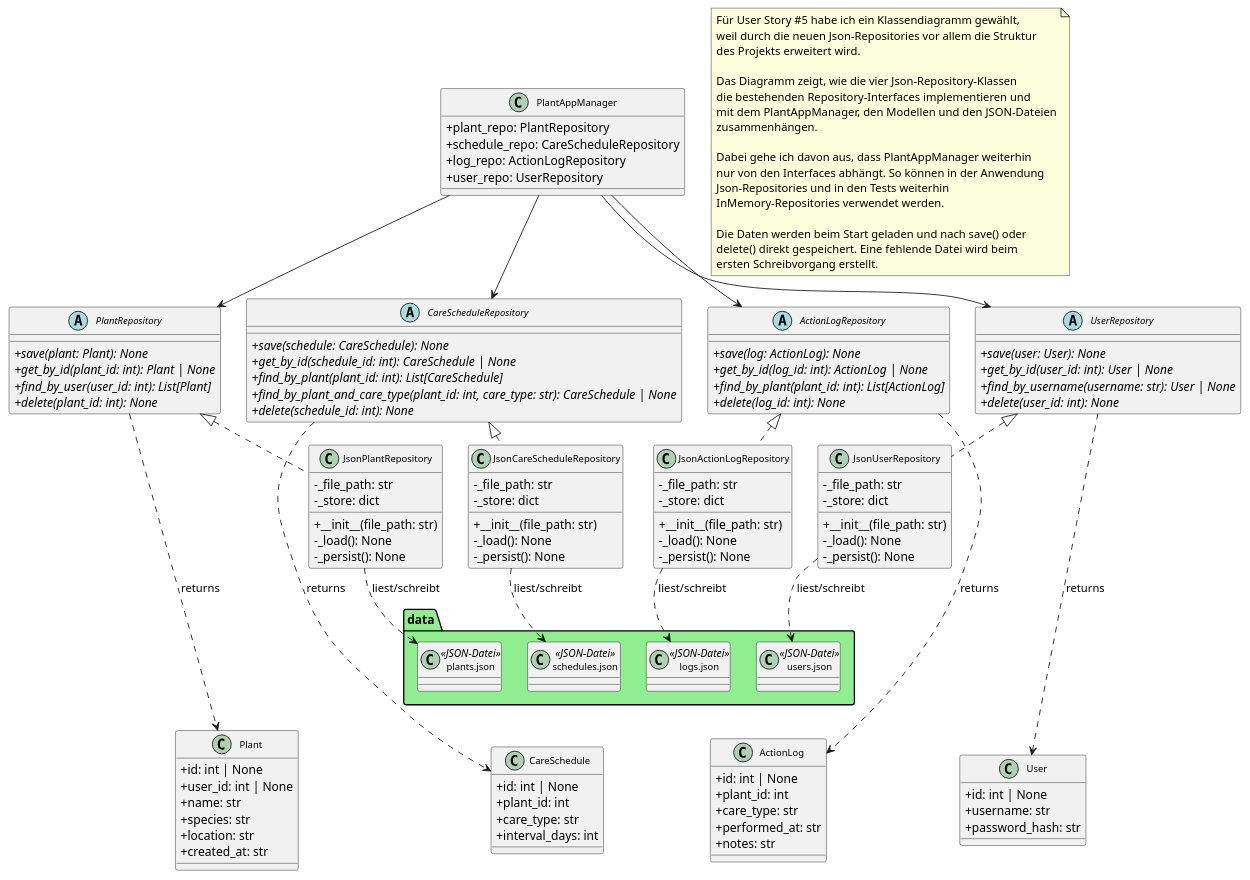
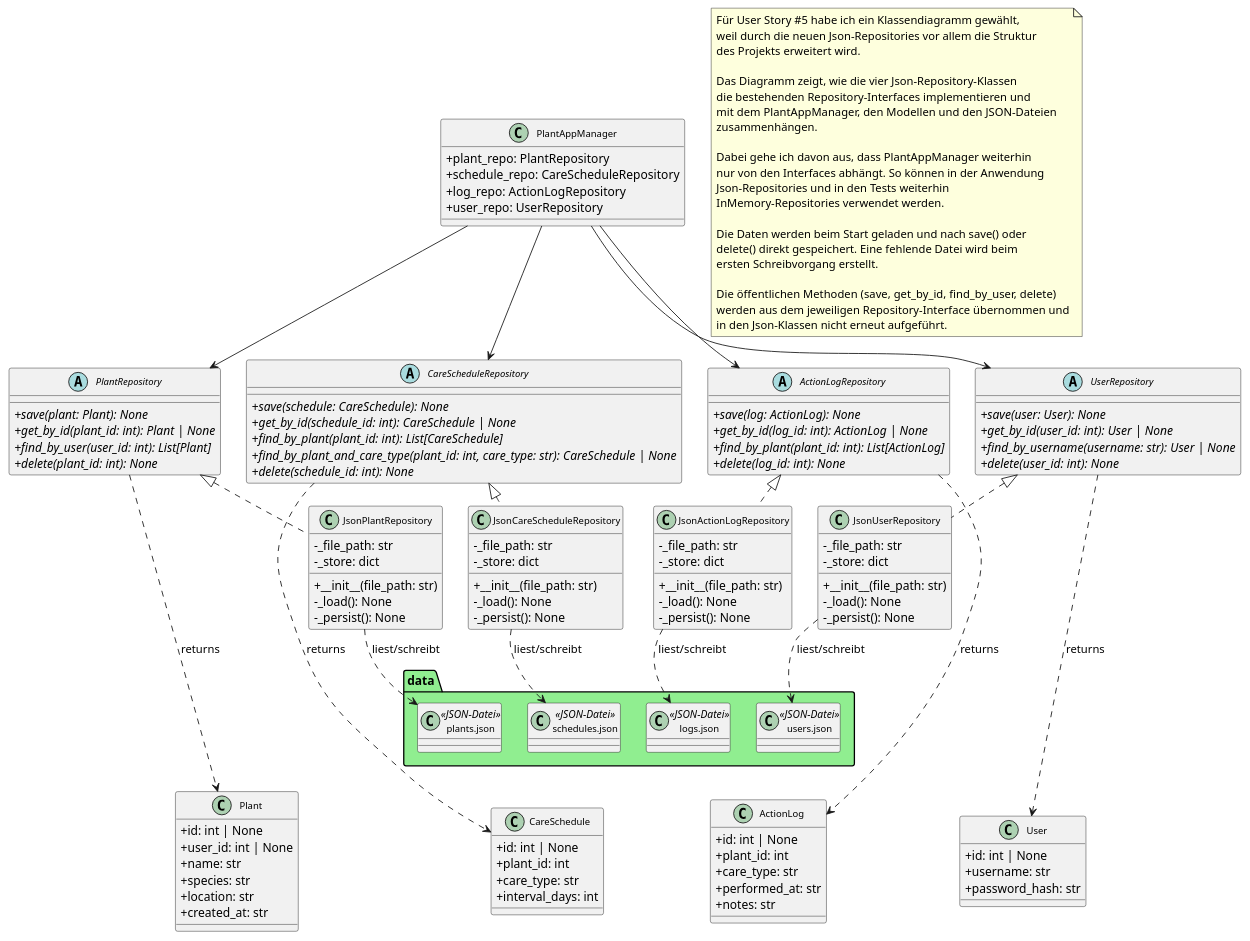
Before and after one commit to Annika-Ostendorp/pflanzenkalender-teil-2: the diagram in diagrams/us5_json_repositories.puml, drawn with PlantUML.

Commit message:
Update diagram note

```diff
--- a/diagrams/us5_json_repositories.puml
+++ b/diagrams/us5_json_repositories.puml
@@ -204,7 +204,11 @@
 
 Die Daten werden beim Start geladen und nach save() oder
 delete() direkt gespeichert. Eine fehlende Datei wird beim
-ersten Schreibvorgang erstellt.
+ersten Schreibvorgang erstellt. 
+
+Die öffentlichen Methoden (save, get_by_id, find_by_user, delete)
+werden aus dem jeweiligen Repository-Interface übernommen und
+in den Json-Klassen nicht erneut aufgeführt.
 end note
 
 @enduml
```
